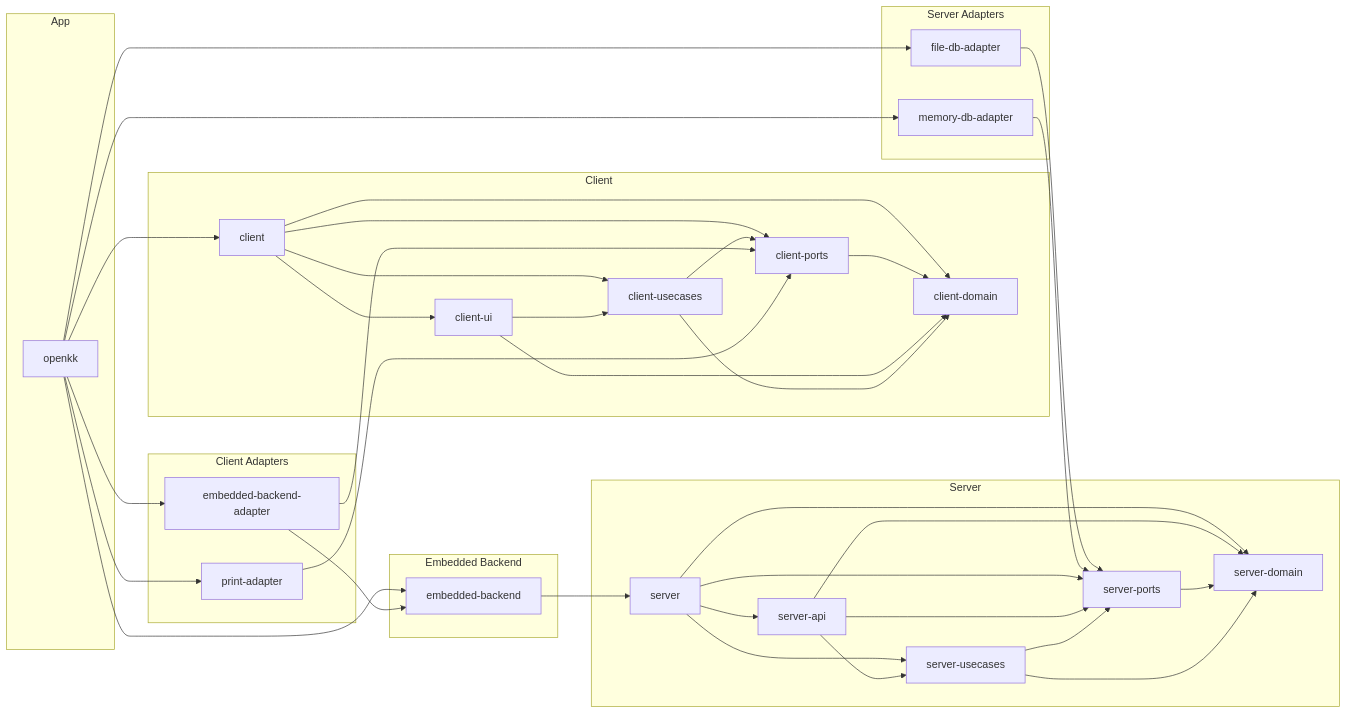
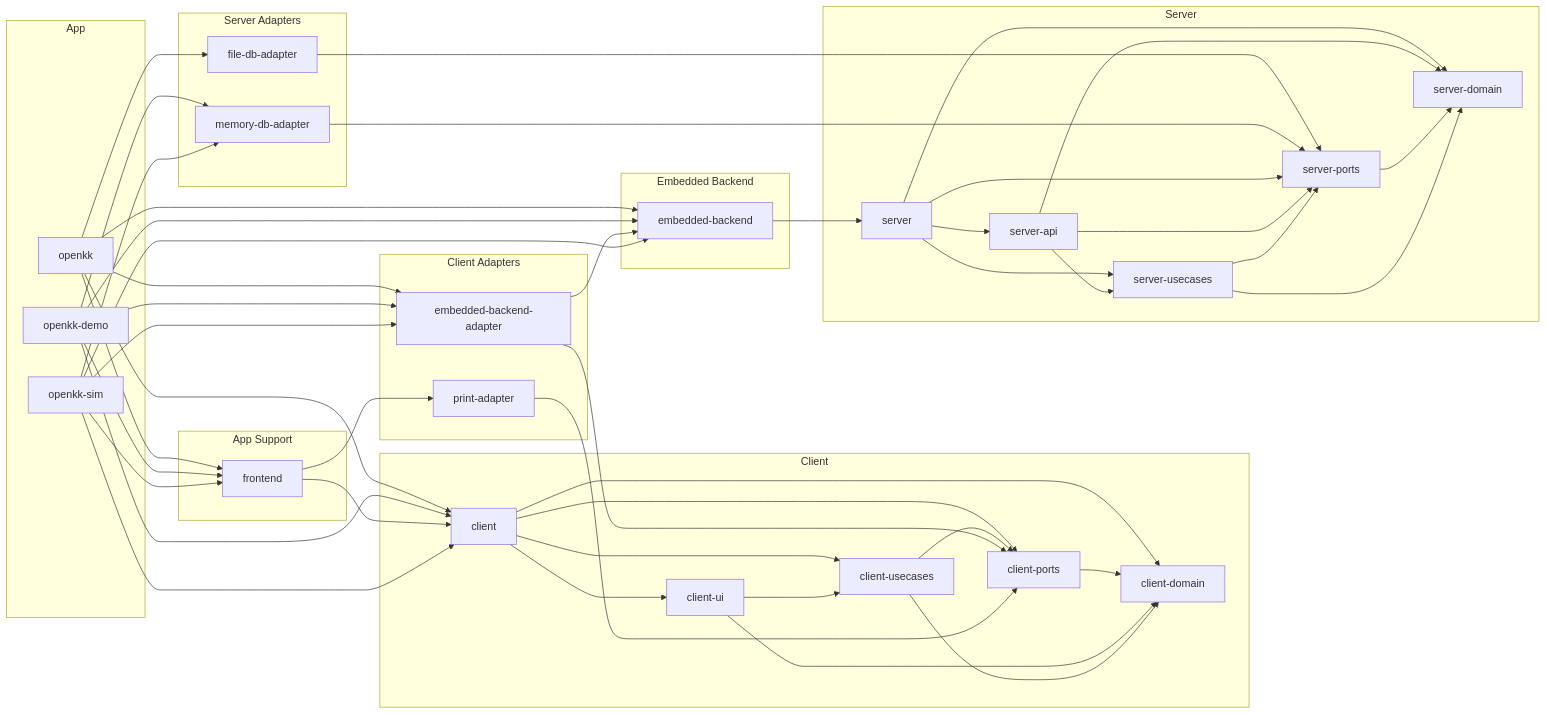
Before and after one commit to rubydogjp/openkk: the diagram in docs/dependency-graph.md, drawn with Mermaid. The commit also changed other lines of this file and 17 other files, not shown here.

````diff
--- a/docs/dependency-graph.md
+++ b/docs/dependency-graph.md
@@ -12,6 +12,12 @@
 graph LR
   subgraph app["App"]
     rubydogjp_openkk["openkk"]
+    rubydogjp_openkk_demo["openkk-demo"]
+    rubydogjp_openkk_sim["openkk-sim"]
+  end
+
+  subgraph app_support["App Support"]
+    rubydogjp_openkk_frontend["frontend"]
   end
 
   subgraph client_adapters["Client Adapters"]
@@ -48,8 +54,7 @@
   rubydogjp_openkk --> rubydogjp_openkk_embedded_backend
   rubydogjp_openkk --> rubydogjp_openkk_embedded_backend_adapter
   rubydogjp_openkk --> rubydogjp_openkk_file_db_adapter
-  rubydogjp_openkk --> rubydogjp_openkk_memory_db_adapter
-  rubydogjp_openkk --> rubydogjp_openkk_print_adapter
+  rubydogjp_openkk --> rubydogjp_openkk_frontend
   rubydogjp_openkk_client --> rubydogjp_openkk_client_ports
   rubydogjp_openkk_client --> rubydogjp_openkk_client_domain
   rubydogjp_openkk_client --> rubydogjp_openkk_client_usecases
@@ -59,10 +64,17 @@
   rubydogjp_openkk_client_ui --> rubydogjp_openkk_client_usecases
   rubydogjp_openkk_client_usecases --> rubydogjp_openkk_client_ports
   rubydogjp_openkk_client_usecases --> rubydogjp_openkk_client_domain
+  rubydogjp_openkk_demo --> rubydogjp_openkk_client
+  rubydogjp_openkk_demo --> rubydogjp_openkk_embedded_backend
+  rubydogjp_openkk_demo --> rubydogjp_openkk_embedded_backend_adapter
+  rubydogjp_openkk_demo --> rubydogjp_openkk_frontend
+  rubydogjp_openkk_demo --> rubydogjp_openkk_memory_db_adapter
   rubydogjp_openkk_embedded_backend --> rubydogjp_openkk_server
   rubydogjp_openkk_embedded_backend_adapter --> rubydogjp_openkk_client_ports
   rubydogjp_openkk_embedded_backend_adapter --> rubydogjp_openkk_embedded_backend
   rubydogjp_openkk_file_db_adapter --> rubydogjp_openkk_server_ports
+  rubydogjp_openkk_frontend --> rubydogjp_openkk_client
+  rubydogjp_openkk_frontend --> rubydogjp_openkk_print_adapter
   rubydogjp_openkk_memory_db_adapter --> rubydogjp_openkk_server_ports
   rubydogjp_openkk_print_adapter --> rubydogjp_openkk_client_ports
   rubydogjp_openkk_server --> rubydogjp_openkk_server_ports
@@ -75,4 +87,9 @@
   rubydogjp_openkk_server_ports --> rubydogjp_openkk_server_domain
   rubydogjp_openkk_server_usecases --> rubydogjp_openkk_server_ports
   rubydogjp_openkk_server_usecases --> rubydogjp_openkk_server_domain
+  rubydogjp_openkk_sim --> rubydogjp_openkk_client
+  rubydogjp_openkk_sim --> rubydogjp_openkk_embedded_backend
+  rubydogjp_openkk_sim --> rubydogjp_openkk_embedded_backend_adapter
+  rubydogjp_openkk_sim --> rubydogjp_openkk_frontend
+  rubydogjp_openkk_sim --> rubydogjp_openkk_memory_db_adapter
 ```
````
